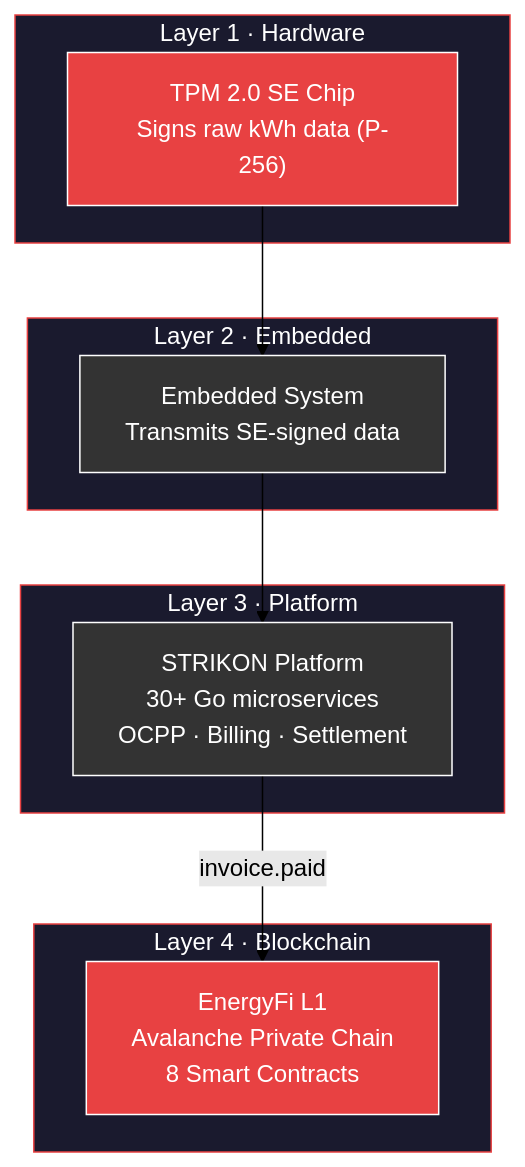
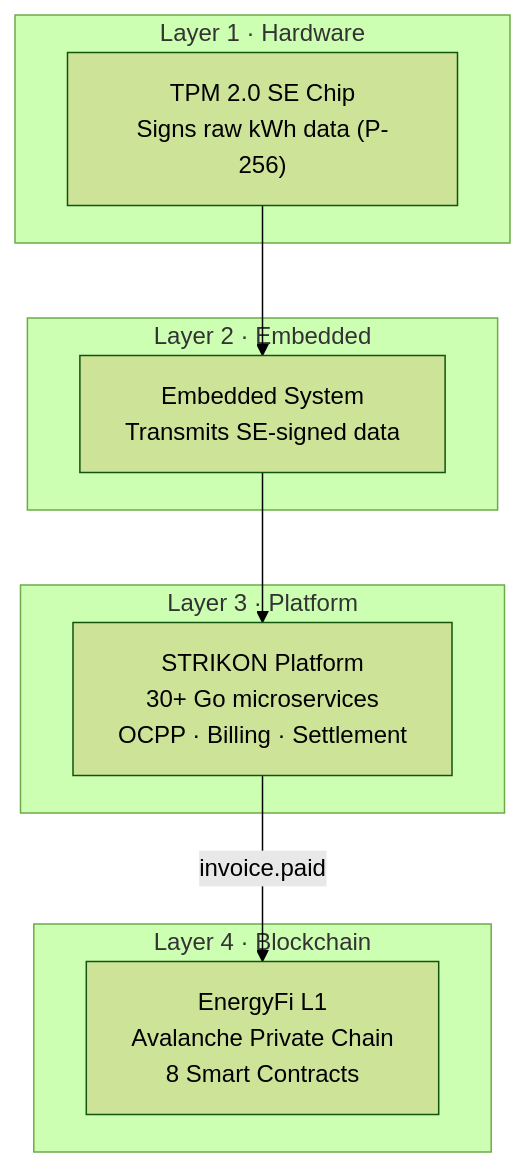
One commit to bbororo5/EnergyFi changed the first of 4 diagrams in README.md. Above: the diagram before and after it, drawn with Mermaid (forest theme). The commit also changed other lines of this file, not shown here.

First line of the commit message:
docs: fix mermaid diagram readability for GitHub light theme

````diff
--- a/README.md
+++ b/README.md
@@ -33,29 +33,20 @@
 ```mermaid
 flowchart TB
     subgraph L1["Layer 1 · Hardware"]
         SE["TPM 2.0 SE Chip\nSigns raw kWh data (P-256)"]
     end
 
     subgraph L2["Layer 2 · Embedded"]
         EMB["Embedded System\nTransmits SE-signed data"]
     end
 
     subgraph L3["Layer 3 · Platform"]
         STR["STRIKON Platform\n30+ Go microservices\nOCPP · Billing · Settlement"]
     end
 
     subgraph L4["Layer 4 · Blockchain"]
         EF["EnergyFi L1\nAvalanche Private Chain\n8 Smart Contracts"]
     end
 
     SE --> EMB --> STR -->|invoice.paid| EF
-
-    style L1 fill:#1a1a2e,stroke:#E84142,color:#fff
-    style L2 fill:#1a1a2e,stroke:#E84142,color:#fff
-    style L3 fill:#1a1a2e,stroke:#E84142,color:#fff
-    style L4 fill:#1a1a2e,stroke:#E84142,color:#fff
-    style SE fill:#E84142,stroke:#fff,color:#fff
-    style EMB fill:#333,stroke:#fff,color:#fff
-    style STR fill:#333,stroke:#fff,color:#fff
-    style EF fill:#E84142,stroke:#fff,color:#fff
 ```
````
